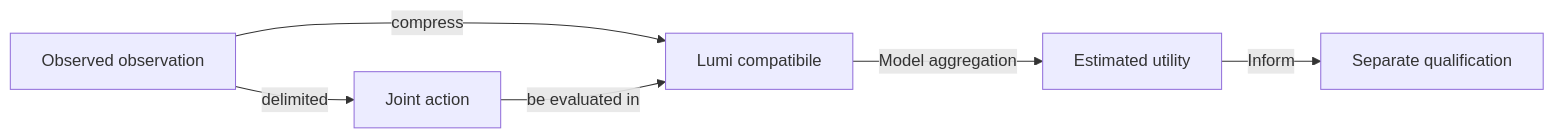
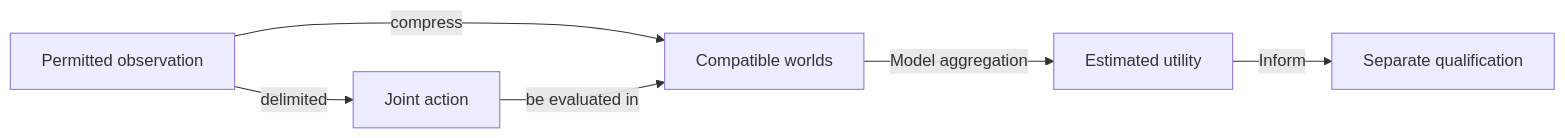
The diagram in whist-lab-app/ai-lab/experiments/round12-rejected-information/README.md (crististefanita/atf_j4), drawn with Mermaid before and after one commit. The commit also changed other lines of this file and 126 other files, not shown here.

````diff
--- a/whist-lab-app/ai-lab/experiments/round12-rejected-information/README.md
+++ b/whist-lab-app/ai-lab/experiments/round12-rejected-information/README.md
@@ -9,8 +9,8 @@
 ```mermaid
 flowchart LR
-    OBS[Observed observation] -->|compress| WORLDS[Lumi compatibile]
+    OBS[Permitted observation] -->|compress| WORLDS[Compatible worlds]
     OBS -->|delimited| ACTION[Joint action]
     ACTION -->|be evaluated in| WORLDS
     WORLDS -->|Model aggregation| VALUE[Estimated utility]
     VALUE -->|Inform| REVIEW[Separate qualification]
 ```
````
